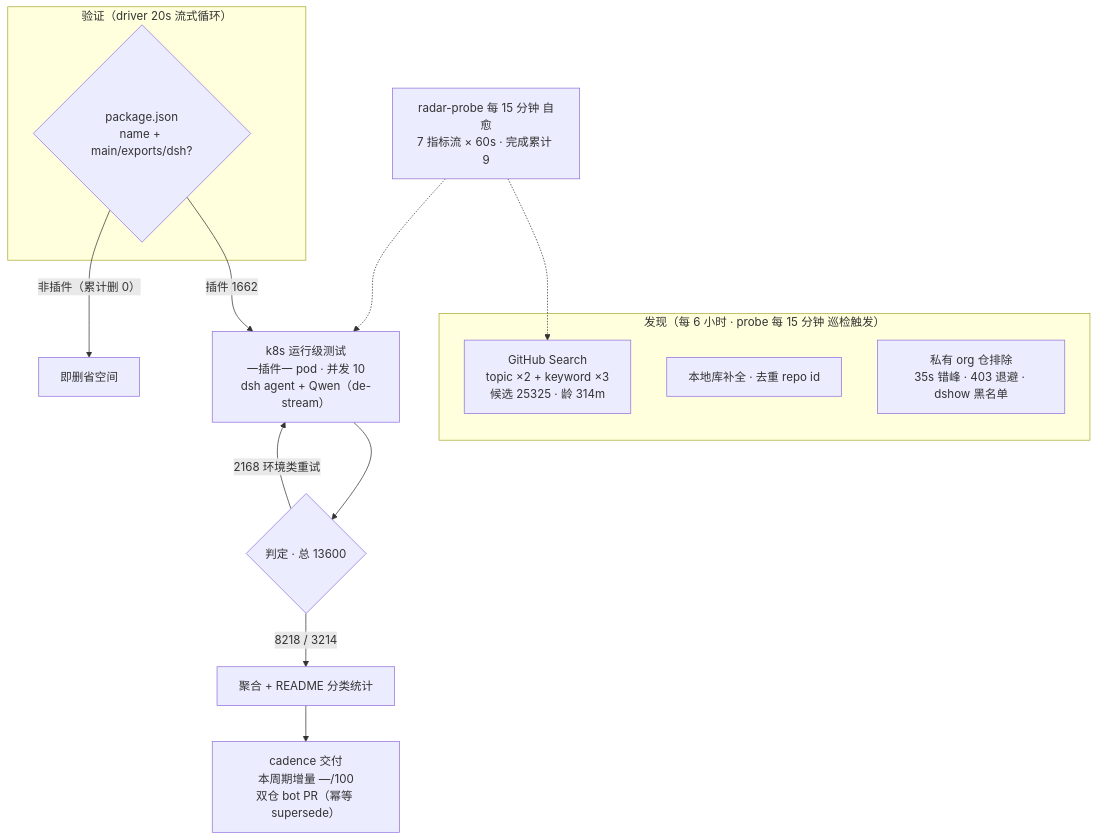
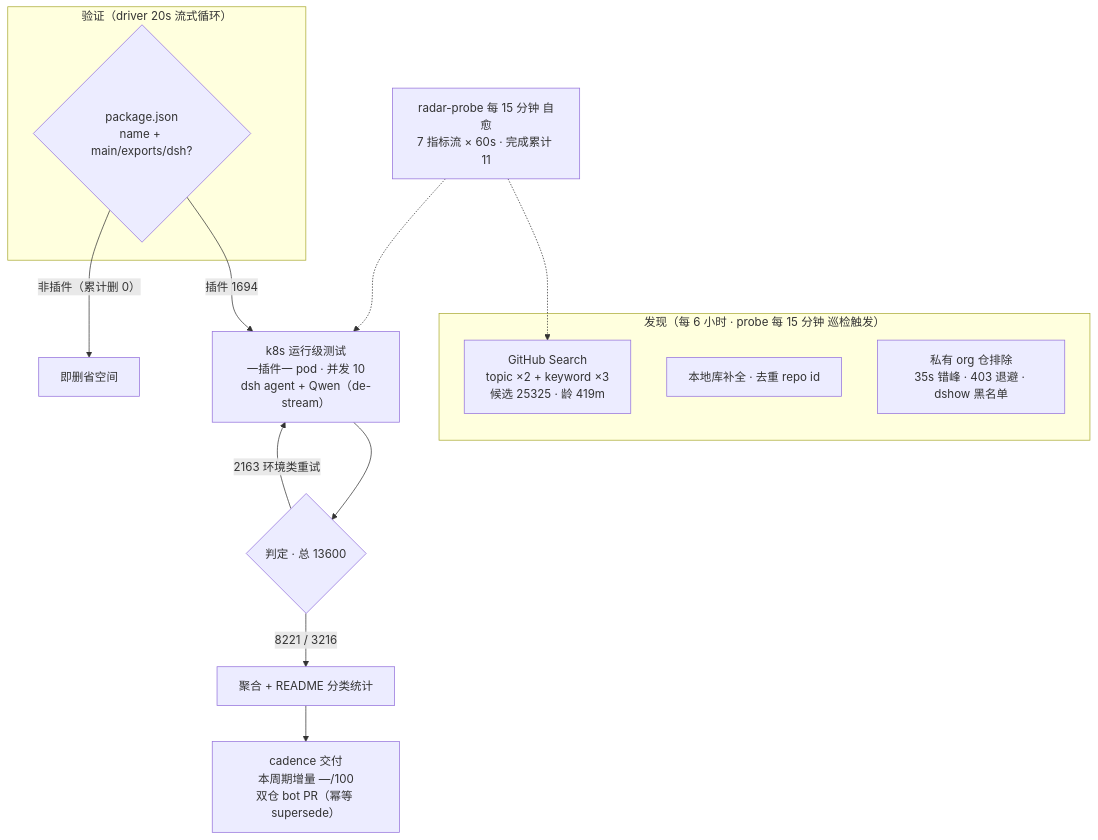
One commit to Zhidao-Lab-OSS/awesome-dsh-plugins changed the diagram in README.md. Above: the diagram before and after it, drawn with Mermaid. The commit also changed other lines of this file and 1 other file, not shown here.

````diff
--- a/README.md
+++ b/README.md
@@ -99,20 +99,20 @@
 ```mermaid
 flowchart TB
     subgraph Discovery["发现（每 6 小时 · probe 每 15 分钟 巡检触发）"]
-        A1["GitHub Search<br/>topic ×2 + keyword ×3<br/>候选 25325 · 龄 314m"]
+        A1["GitHub Search<br/>topic ×2 + keyword ×3<br/>候选 25325 · 龄 419m"]
         A2["本地库补全 · 去重 repo id"]
         A3["私有 org 仓排除<br/>35s 错峰 · 403 退避 · dshow 黑名单"]
     end
     subgraph Validation["验证（driver 20s 流式循环）"]
         B1{"package.json<br/>name + main/exports/dsh?"}
     end
-    B1 -->|"插件 1662"| C1["k8s 运行级测试<br/>一插件一 pod · 并发 10<br/>dsh agent + Qwen（de-stream）"]
+    B1 -->|"插件 1694"| C1["k8s 运行级测试<br/>一插件一 pod · 并发 10<br/>dsh agent + Qwen（de-stream）"]
     B1 -->|"非插件（累计删 0）"| B3["即删省空间"]
     C1 --> D1{"判定 · 总 13600"}
-    D1 -->|"8218 / 3214"| E1["聚合 + README 分类统计"]
-    D1 -->|"2168 环境类重试"| C1
+    D1 -->|"8221 / 3216"| E1["聚合 + README 分类统计"]
+    D1 -->|"2163 环境类重试"| C1
     E1 --> E2["cadence 交付<br/>本周期增量 —/100<br/>双仓 bot PR（幂等 supersede）"]
-    M["radar-probe 每 15 分钟 自愈<br/>7 指标流 × 60s · 完成累计 9"]
+    M["radar-probe 每 15 分钟 自愈<br/>7 指标流 × 60s · 完成累计 11"]
     M -.-> A1
     M -.-> C1
 ```
````
